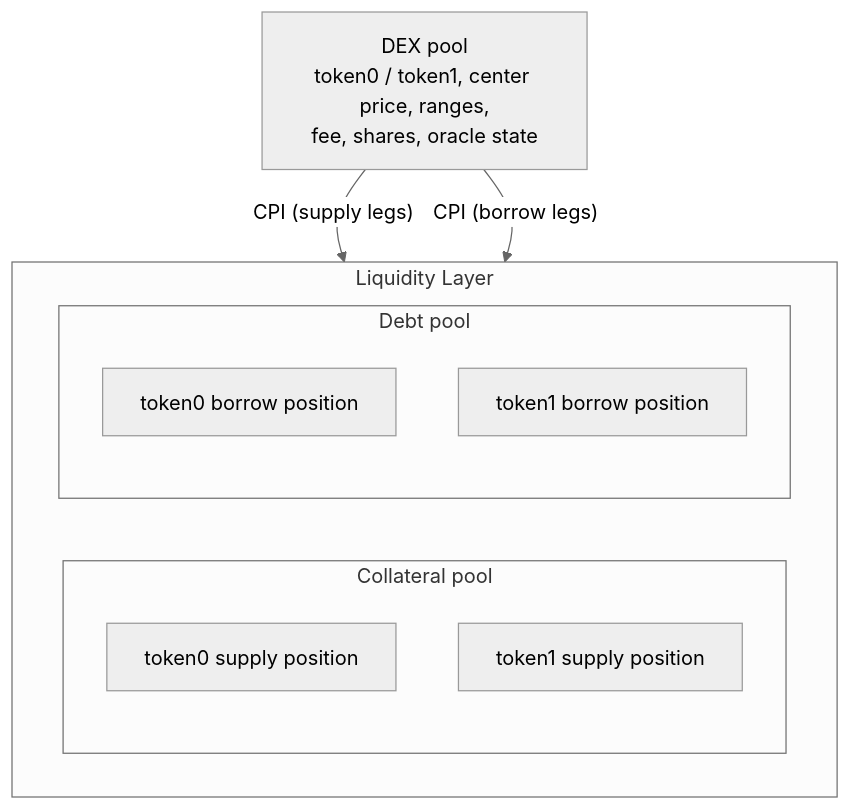
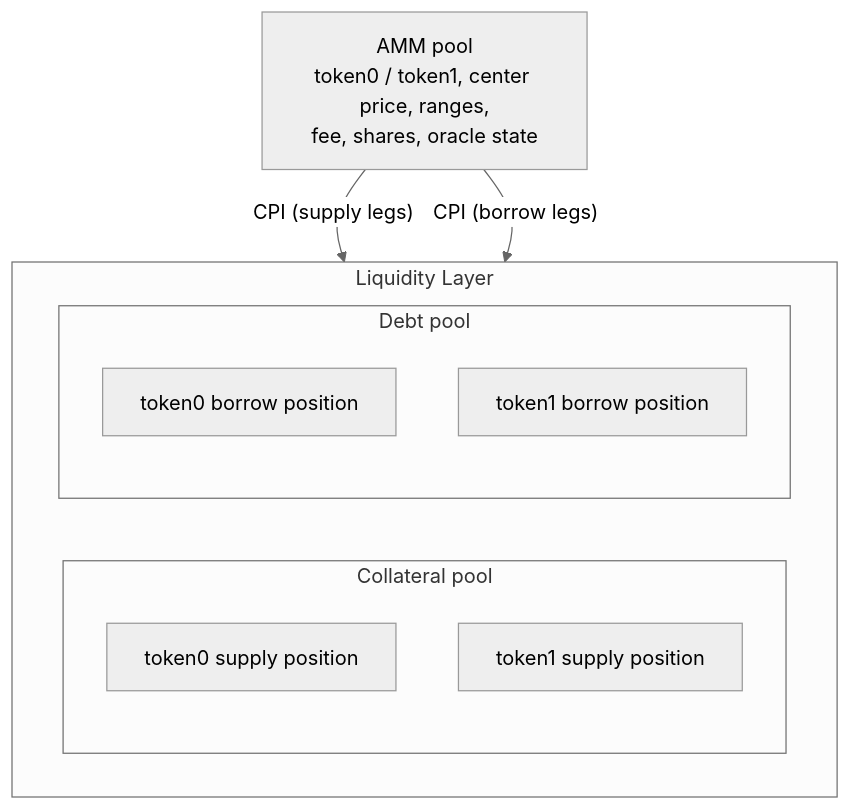
One commit to jup-ag/docs changed the diagram in lend/dex/index.mdx. Above: the diagram before and after it, drawn with Mermaid (neutral theme). The commit also changed other lines of this file and 11 other files, not shown here.

Commit message:
docs: [lend] rebrand DEX integration to Lend AMM naming, add AMM APIs stub

````diff
--- a/lend/dex/index.mdx
+++ b/lend/dex/index.mdx
@@ -82,17 +86,17 @@
 ```mermaid
 flowchart TB
-  DEX["DEX pool<br/>token0 / token1, center price, ranges,<br/>fee, shares, oracle state"]
+  AMM["AMM pool<br/>token0 / token1, center price, ranges,<br/>fee, shares, oracle state"]
   subgraph LL["Liquidity Layer"]
     direction LR
     subgraph COL["Collateral pool"]
       S0["token0 supply position"]
       S1["token1 supply position"]
     end
     subgraph DEBT["Debt pool"]
       B0["token0 borrow position"]
       B1["token1 borrow position"]
     end
   end
-  DEX -- "CPI (supply legs)" --> COL
-  DEX -- "CPI (borrow legs)" --> DEBT
+  AMM -- "CPI (supply legs)" --> COL
+  AMM -- "CPI (borrow legs)" --> DEBT
 ```
````
